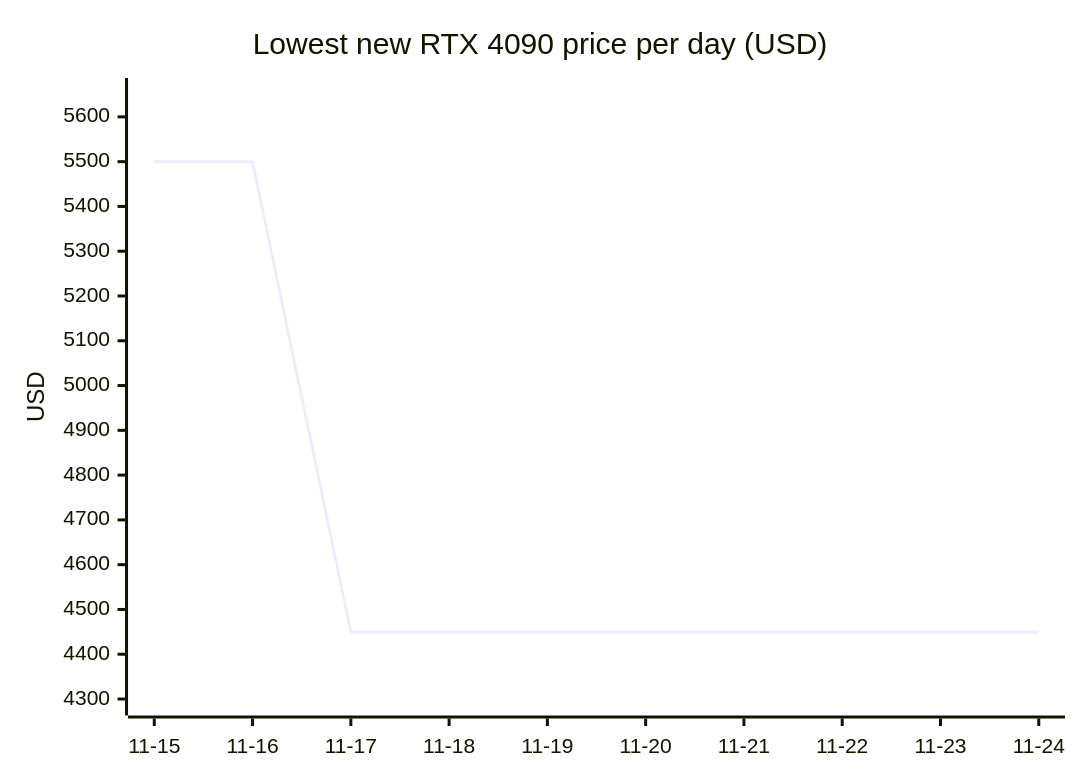
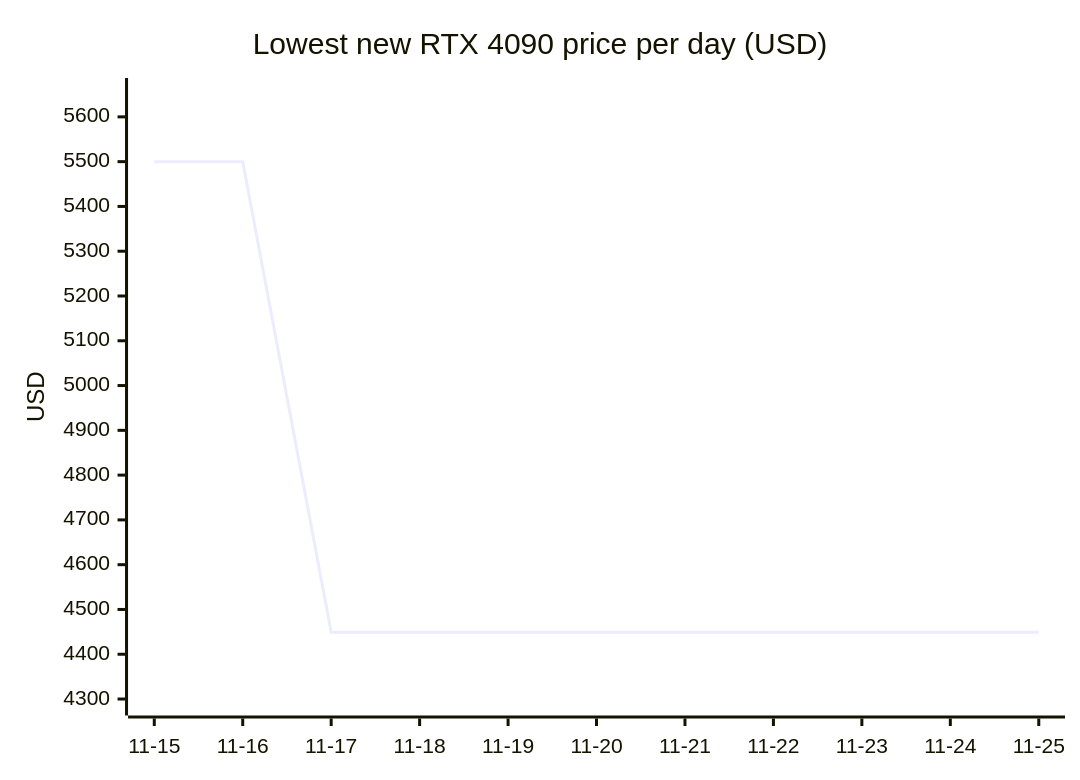
One commit to 7324136828/4tb_ssd_price_watch changed the seventh of 18 diagrams in README.md. Above: the diagram before and after it, drawn with Mermaid. The commit also changed other lines of this file, not shown here.

````diff
--- a/README.md
+++ b/README.md
@@ -928,7 +957,7 @@
 ```mermaid
 xychart-beta
     title "Lowest new RTX 4090 price per day (USD)"
-    x-axis ["11-15", "11-16", "11-17", "11-18", "11-19", "11-20", "11-21", "11-22", "11-23", "11-24"]
+    x-axis ["11-15", "11-16", "11-17", "11-18", "11-19", "11-20", "11-21", "11-22", "11-23", "11-24", "11-25"]
     y-axis "USD" 4290 --> 5660
-    line [5500.00, 5500.00, 4449.00, 4449.00, 4449.00, 4449.00, 4449.00, 4449.00, 4449.00, 4449.00]
+    line [5500.00, 5500.00, 4449.00, 4449.00, 4449.00, 4449.00, 4449.00, 4449.00, 4449.00, 4449.00, 4449.00]
 ```
````
